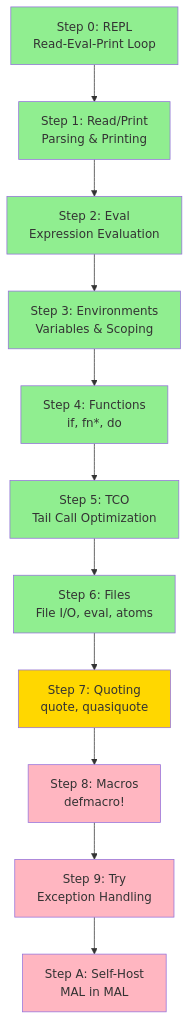
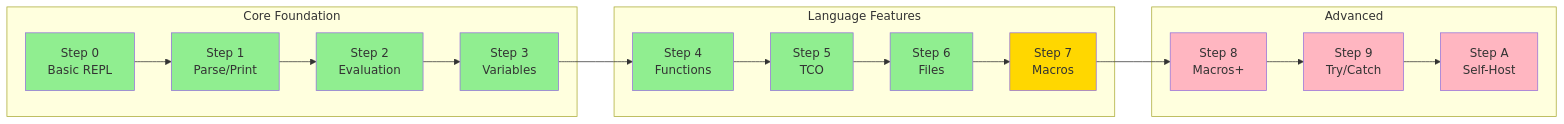
One commit to aygp-dr/mal-ruby-minimal changed the second of 2 diagrams in README.md. Above: the diagram before and after it, drawn with Mermaid. The commit also changed other lines of this file, not shown here.

Commit message:
docs(readme): replace linear progress with architecture diagrams
- Add sequence diagram showing REPL component interaction
- Replace linear step list with grouped implementation phases
- Shows how Reader, Evaluator, Printer, and Environment interact
- Makes the architecture clearer for educational purposes

--trailer Co-Authored-By: Claude <noreply@anthropic.com>

````diff
--- a/README.md
+++ b/README.md
@@ -13,25 +57,38 @@
 ```mermaid
-graph TD
-    A[Step 0: REPL<br/>Read-Eval-Print Loop] --> B[Step 1: Read/Print<br/>Parsing & Printing]
-    B --> C[Step 2: Eval<br/>Expression Evaluation]
-    C --> D[Step 3: Environments<br/>Variables & Scoping]
-    D --> E[Step 4: Functions<br/>if, fn*, do]
-    E --> F[Step 5: TCO<br/>Tail Call Optimization]
-    F --> G[Step 6: Files<br/>File I/O, eval, atoms]
-    G --> H[Step 7: Quoting<br/>quote, quasiquote]
-    H --> I[Step 8: Macros<br/>defmacro!]
-    I --> J[Step 9: Try<br/>Exception Handling]
-    J --> K[Step A: Self-Host<br/>MAL in MAL]
+graph LR
+    subgraph "Core Foundation"
+        S0[Step 0<br/>Basic REPL]
+        S1[Step 1<br/>Parse/Print]
+        S2[Step 2<br/>Evaluation]
+        S3[Step 3<br/>Variables]
+    end
     
-    style A fill:#90EE90
-    style B fill:#90EE90
-    style C fill:#90EE90
-    style D fill:#90EE90
-    style E fill:#90EE90
-    style F fill:#90EE90
-    style G fill:#90EE90
-    style H fill:#FFD700
-    style I fill:#FFB6C1
-    style J fill:#FFB6C1
-    style K fill:#FFB6C1
+    subgraph "Language Features"
+        S4[Step 4<br/>Functions]
+        S5[Step 5<br/>TCO]
+        S6[Step 6<br/>Files]
+        S7[Step 7<br/>Macros]
+    end
+    
+    subgraph "Advanced"
+        S8[Step 8<br/>Macros+]
+        S9[Step 9<br/>Try/Catch]
+        SA[Step A<br/>Self-Host]
+    end
+    
+    S0 --> S1 --> S2 --> S3
+    S3 --> S4 --> S5 --> S6 --> S7
+    S7 --> S8 --> S9 --> SA
+    
+    style S0 fill:#90EE90
+    style S1 fill:#90EE90
+    style S2 fill:#90EE90
+    style S3 fill:#90EE90
+    style S4 fill:#90EE90
+    style S5 fill:#90EE90
+    style S6 fill:#90EE90
+    style S7 fill:#FFD700
+    style S8 fill:#FFB6C1
+    style S9 fill:#FFB6C1
+    style SA fill:#FFB6C1
 ```
````
